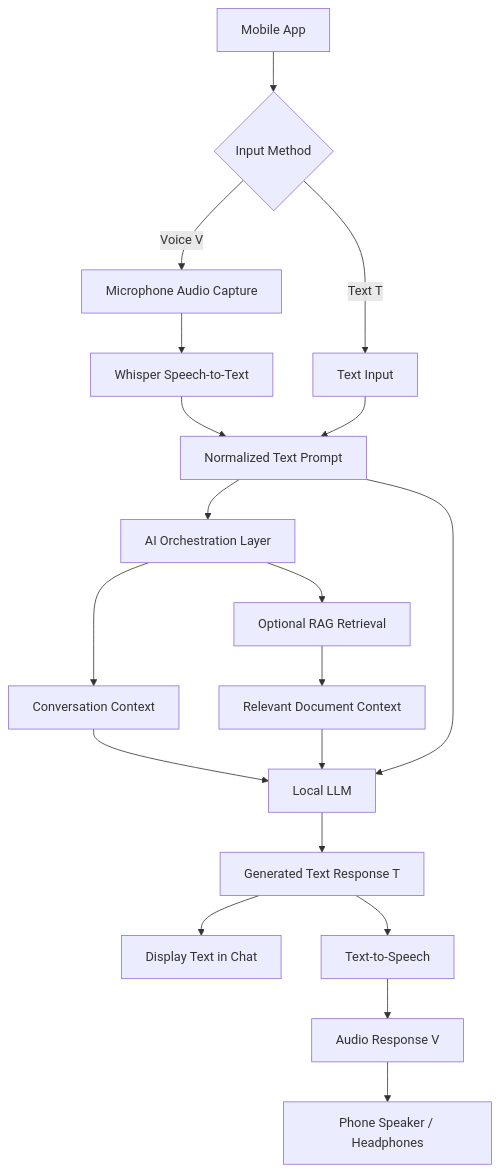
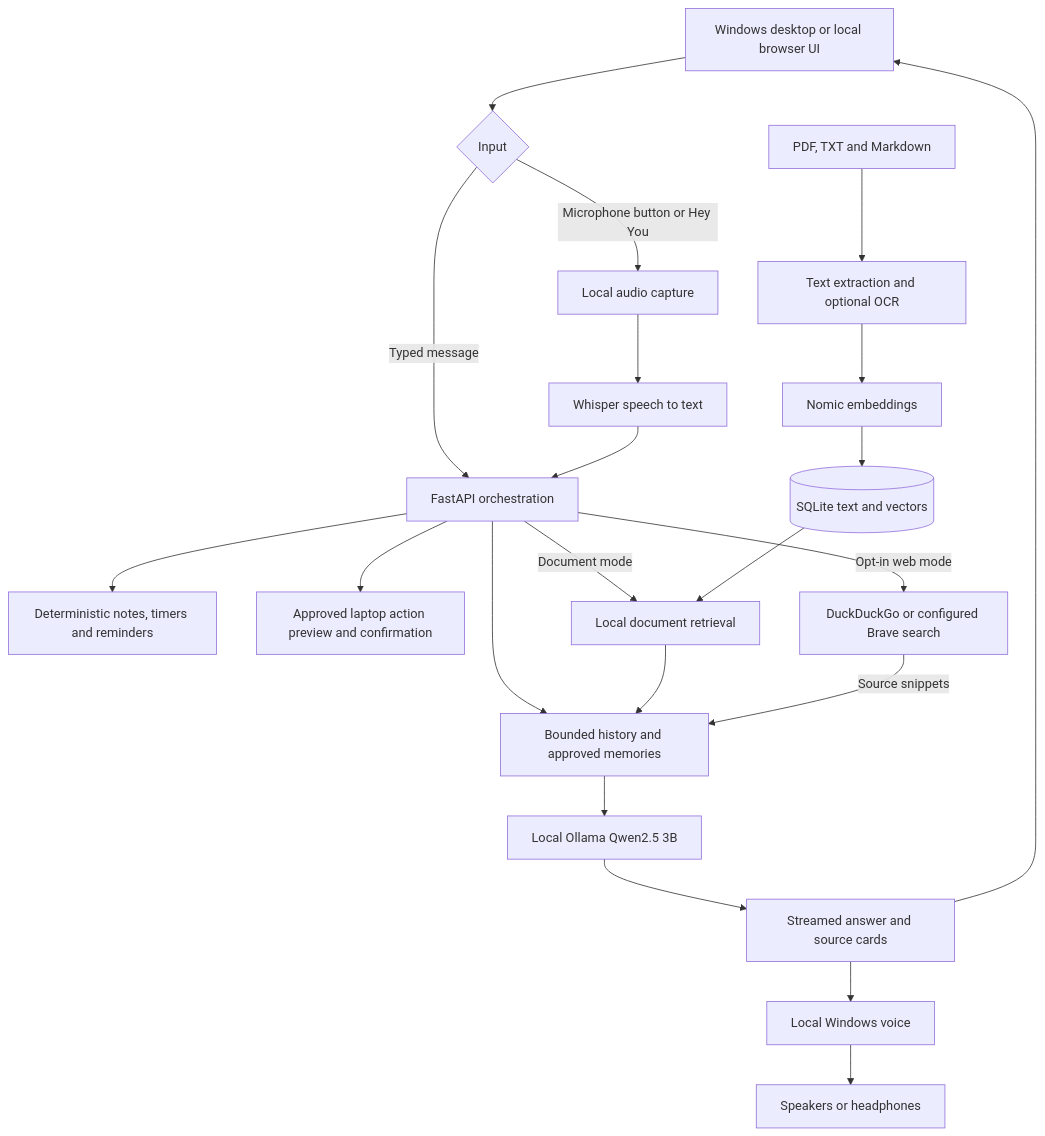
Before and after one commit to Armaan-30/YouAI: the diagram in README.md, drawn with Mermaid. The commit also changed other lines of this file and 63 other files, not shown here.

Commit message:
feat: add Windows local voice assistant preview and project documentation

````diff
--- a/README.md
+++ b/README.md
@@ -19,21 +58,24 @@
 ```mermaid
 flowchart TD
-    A[Mobile App] --> B{Input Method}
-    B -->|Voice V| C[Microphone Audio Capture]
-    B -->|Text T| D[Text Input]
-    C --> E[Whisper Speech-to-Text]
-    E --> F[Normalized Text Prompt]
-    D --> F
-    F --> G[AI Orchestration Layer]
-    G --> H[Conversation Context]
-    G --> I[Optional RAG Retrieval]
-    I --> J[Relevant Document Context]
-    H --> K[Local LLM]
-    J --> K
-    F --> K
-    K --> L[Generated Text Response T]
-    L --> M[Display Text in Chat]
-    L --> N[Text-to-Speech]
-    N --> O[Audio Response V]
-    O --> P[Phone Speaker / Headphones]
+    UI[Windows desktop or local browser UI] --> INPUT{Input}
+    INPUT -->|Microphone button or Hey You| AUDIO[Local audio capture]
+    AUDIO --> STT[Whisper speech to text]
+    INPUT -->|Typed message| ROUTER[FastAPI orchestration]
+    STT --> ROUTER
+    ROUTER --> TASKS[Deterministic notes, timers and reminders]
+    ROUTER --> APPROVAL[Approved laptop action preview and confirmation]
+    ROUTER --> CONTEXT[Bounded history and approved memories]
+    ROUTER -->|Document mode| RAG[Local document retrieval]
+    DOCS[PDF, TXT and Markdown] --> EXTRACT[Text extraction and optional OCR]
+    EXTRACT --> EMBED[Nomic embeddings]
+    EMBED --> DB[(SQLite text and vectors)]
+    DB --> RAG
+    RAG --> CONTEXT
+    ROUTER -->|Opt-in web mode| SEARCH[DuckDuckGo or configured Brave search]
+    SEARCH -->|Source snippets| CONTEXT
+    CONTEXT --> LLM[Local Ollama Qwen2.5 3B]
+    LLM --> STREAM[Streamed answer and source cards]
+    STREAM --> UI
+    STREAM --> TTS[Local Windows voice]
+    TTS --> SPEAKER[Speakers or headphones]
 ```
````
